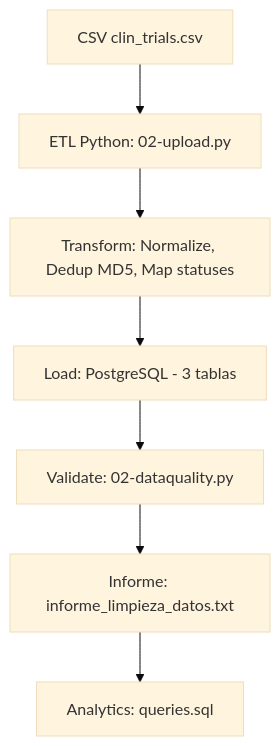
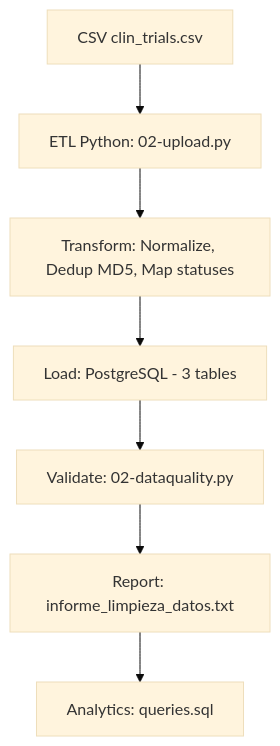
Before and after one commit to Jaumet-007/migx: the second of 2 diagrams in FINAL_README.md, drawn with Mermaid (base theme). The commit also changed other lines of this file and 19 other files, not shown here.

````diff
--- a/FINAL_README.md
+++ b/FINAL_README.md
@@ -208,9 +205,9 @@
 ```mermaid
 graph TD
     A[CSV clin_trials.csv] --> B[ETL Python: 02-upload.py]
     B --> C[Transform: Normalize, Dedup MD5, Map statuses]
-    C --> D[Load: PostgreSQL - 3 tablas]
+    C --> D[Load: PostgreSQL - 3 tables]
     D --> E[Validate: 02-dataquality.py]
-    E --> F[Informe: informe_limpieza_datos.txt]
+    E --> F[Report: informe_limpieza_datos.txt]
     F --> G[Analytics: queries.sql]
 ```
````
